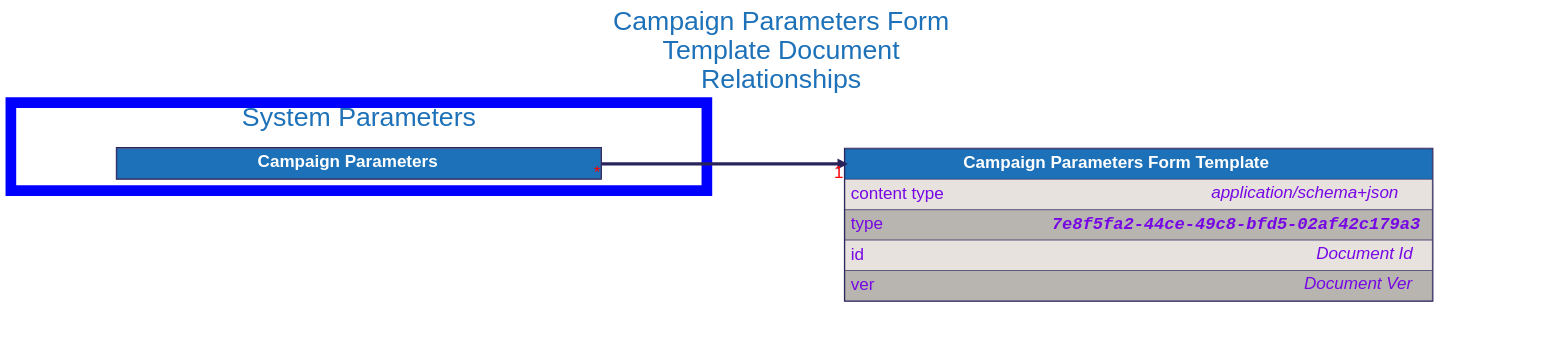
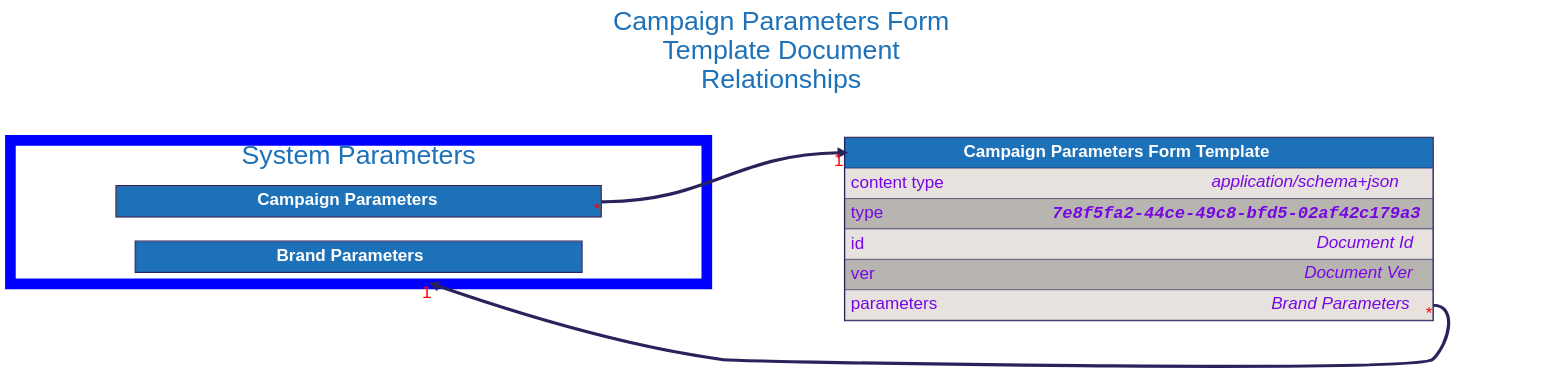
The diagram in docs/src/architecture/08_concepts/signed_doc/diagrams/campaign_parameters_form_template.dot (input-output-hk/catalyst-libs), drawn with Graphviz before and after one commit. The commit also changed 17 other files, not shown here.

Commit message:
fix(docs): Template refrences to parameters, and changes

```diff
--- a/docs/src/architecture/08_concepts/signed_doc/diagrams/campaign_parameters_form_template.dot
+++ b/docs/src/architecture/08_concepts/signed_doc/diagrams/campaign_parameters_form_template.dot
@@ -1,94 +1,120 @@
 digraph "Campaign Parameters Form Template" {
     rankdir="LR"
     graph [fontname="helvetica", fontsize="32", fontcolor="#29235c", bgcolor="white"];
     node [penwidth="0", margin="0", fontname="helvetica", fontsize="32", fontcolor="#29235c"];
     edge [fontname="helvetica", fontsize="32", fontcolor="red", color="#29235c"];
 
     labelloc="t"
     label="Campaign Parameters Form
 Template Document
 Relationships"
     fontcolor="#1d71b8"
     fontsize=50
     compound=true
 
 
+
+    subgraph cluster_system_parameters {
+        label = "System Parameters";
+        color=blue
+        penwidth=20
+
+        "Brand Parameters" [
+            id="Brand Parameters";
+            label=<
+                <TABLE BORDER="2" COLOR="#29235c" CELLBORDER="1" CELLSPACING="0" CELLPADDING="10">
+                <TR>
+                    <TD PORT="title" BGCOLOR="#1d71b8" HREF="../brand_parameters/">
+                        <FONT COLOR="#ffffff"><B> Brand Parameters </B></FONT>
+                    </TD>
+                </TR>
+
+                </TABLE>
+            >
+        ];
+
+
+        "Campaign Parameters" [
+            id="Campaign Parameters";
+            label=<
+                <TABLE BORDER="2" COLOR="#29235c" CELLBORDER="1" CELLSPACING="0" CELLPADDING="10">
+                <TR>
+                    <TD PORT="title" BGCOLOR="#1d71b8" HREF="../campaign_parameters/">
+                        <FONT COLOR="#ffffff"><B> Campaign Parameters </B></FONT>
+                    </TD>
+                </TR>
+
+                </TABLE>
+            >
+        ];
+
+    }
 
     "Campaign Parameters Form Template" [
         id="Campaign Parameters Form Template";
         label=<
             <TABLE BORDER="2" COLOR="#29235c" CELLBORDER="1" CELLSPACING="0" CELLPADDING="10">
             <TR>
                 <TD PORT="title" BGCOLOR="#1d71b8" HREF="../campaign_parameters_form_template/">
                     <FONT COLOR="#ffffff"><B> Campaign Parameters Form Template </B></FONT>
                 </TD>
             </TR>
             <TR>
                 <TD ALIGN="LEFT" PORT="content type" BGCOLOR="#e7e2dd">
                     <TABLE CELLPADDING="0" CELLSPACING="0" BORDER="0">
                         <TR>
                             <TD ALIGN="LEFT" VALIGN="TOP" WIDTH="200"><FONT COLOR="#7706E5">content type</FONT></TD>
                             <TD ALIGN="RIGHT"><FONT COLOR="#7706E5"><I>application/schema+json</I></FONT></TD>
                         </TR>
                     </TABLE>
                 </TD>
             </TR>
             <TR>
                 <TD ALIGN="LEFT" PORT="type" BGCOLOR="#b8b5b0">
                     <TABLE CELLPADDING="0" CELLSPACING="0" BORDER="0">
                         <TR>
                             <TD ALIGN="LEFT" VALIGN="TOP" WIDTH="200"><FONT COLOR="#7706E5">type</FONT></TD>
                             <TD ALIGN="RIGHT"><FONT FACE="Courier" COLOR="#7706E5"><B><I>7e8f5fa2-44ce-49c8-bfd5-02af42c179a3</I></B></FONT></TD>
                         </TR>
                     </TABLE>
                 </TD>
             </TR>
             <TR>
                 <TD ALIGN="LEFT" PORT="id" BGCOLOR="#e7e2dd">
                     <TABLE CELLPADDING="0" CELLSPACING="0" BORDER="0">
                         <TR>
                             <TD ALIGN="LEFT" VALIGN="TOP" WIDTH="200"><FONT COLOR="#7706E5">id</FONT></TD>
                             <TD ALIGN="RIGHT"><FONT COLOR="#7706E5"><I>Document Id</I></FONT></TD>
                         </TR>
                     </TABLE>
                 </TD>
             </TR>
             <TR>
                 <TD ALIGN="LEFT" PORT="ver" BGCOLOR="#b8b5b0">
                     <TABLE CELLPADDING="0" CELLSPACING="0" BORDER="0">
                         <TR>
                             <TD ALIGN="LEFT" VALIGN="TOP" WIDTH="200"><FONT COLOR="#7706E5">ver</FONT></TD>
                             <TD ALIGN="RIGHT"><FONT COLOR="#7706E5"><I>Document Ver</I></FONT></TD>
                         </TR>
                     </TABLE>
                 </TD>
             </TR>
+            <TR>
+                <TD ALIGN="LEFT" PORT="parameters" BGCOLOR="#e7e2dd">
+                    <TABLE CELLPADDING="0" CELLSPACING="0" BORDER="0">
+                        <TR>
+                            <TD ALIGN="LEFT" VALIGN="TOP" WIDTH="200"><FONT COLOR="#7706E5">parameters</FONT></TD>
+                            <TD ALIGN="RIGHT"><FONT COLOR="#7706E5"><I>Brand Parameters</I></FONT></TD>
+                        </TR>
+                    </TABLE>
+                </TD>
+            </TR>
 
             </TABLE>
         >
     ];
 
 
-    subgraph cluster_system_parameters {
-        label = "System Parameters";
-        color=blue
-        penwidth=20
-
-        "Campaign Parameters" [
-            id="Campaign Parameters";
-            label=<
-                <TABLE BORDER="2" COLOR="#29235c" CELLBORDER="1" CELLSPACING="0" CELLPADDING="10">
-                <TR>
-                    <TD PORT="title" BGCOLOR="#1d71b8" HREF="../campaign_parameters/">
-                        <FONT COLOR="#ffffff"><B> Campaign Parameters </B></FONT>
-                    </TD>
-                </TR>
-
-                </TABLE>
-            >
-        ];
-
-    }
-
+    "Campaign Parameters Form Template":"parameters":e -> "Brand Parameters" [dir=forward, penwidth=6, color="#29235c", headlabel="1", taillabel="*", lhead="cluster_system_parameters"]
     "Campaign Parameters":"title":e -> "Campaign Parameters Form Template":"title":w [dir=forward, penwidth=6, color="#29235c", headlabel="1", taillabel="*"]
 }
```
